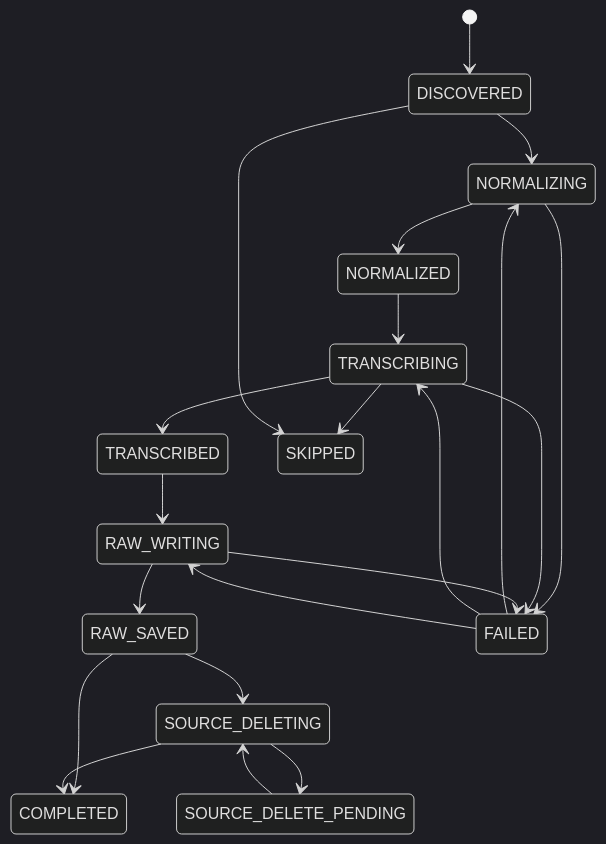
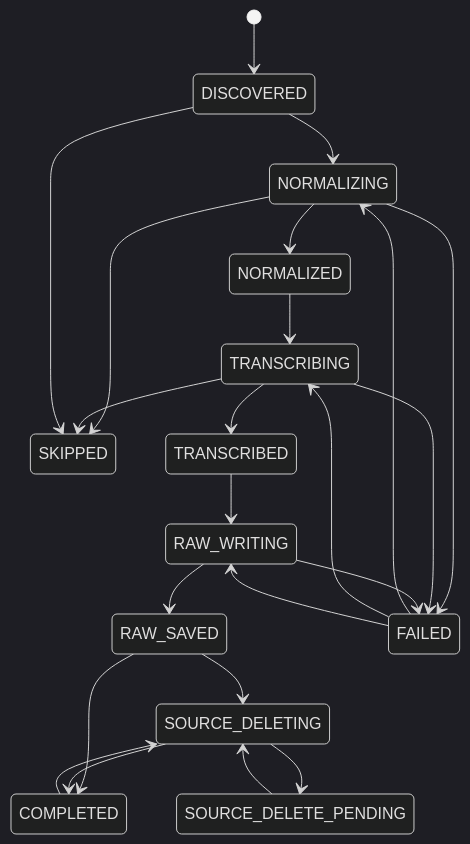
The second of 3 diagrams in docs/SPEC.md (shinsuke-terada/voicedock), drawn with Mermaid (dark theme) before and after one commit. The commit also changed other lines of this file and 6 other files, not shown here.

````diff
--- a/docs/SPEC.md
+++ b/docs/SPEC.md
@@ -1475,24 +1475,26 @@
 ```mermaid
 stateDiagram-v2
     [*] --> DISCOVERED
     DISCOVERED --> NORMALIZING
     NORMALIZING --> NORMALIZED
+    NORMALIZING --> SKIPPED
     NORMALIZED --> TRANSCRIBING
     TRANSCRIBING --> TRANSCRIBED
     TRANSCRIBING --> SKIPPED
     TRANSCRIBED --> RAW_WRITING
     RAW_WRITING --> RAW_SAVED
     RAW_SAVED --> SOURCE_DELETING
     RAW_SAVED --> COMPLETED
     SOURCE_DELETING --> COMPLETED
     SOURCE_DELETING --> SOURCE_DELETE_PENDING
     SOURCE_DELETE_PENDING --> SOURCE_DELETING
+    COMPLETED --> SOURCE_DELETING
 
     NORMALIZING --> FAILED
     TRANSCRIBING --> FAILED
     RAW_WRITING --> FAILED
     FAILED --> NORMALIZING
     FAILED --> TRANSCRIBING
     FAILED --> RAW_WRITING
     DISCOVERED --> SKIPPED
 ```
````
